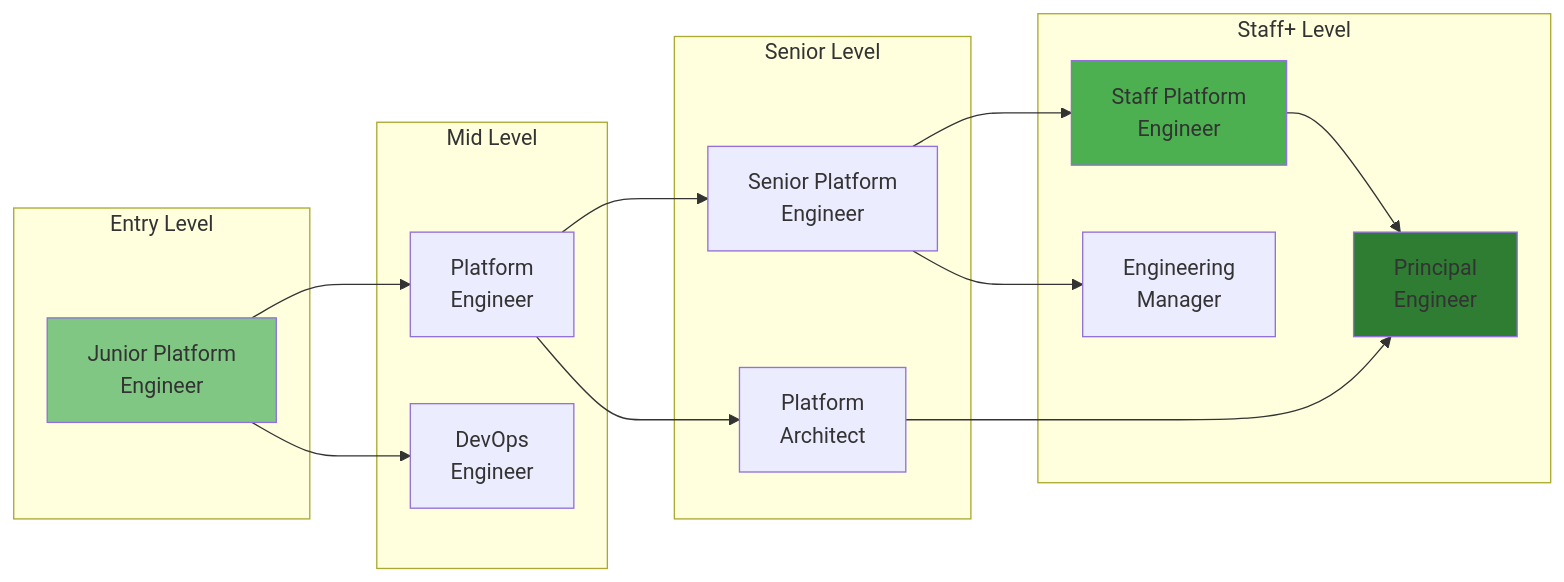
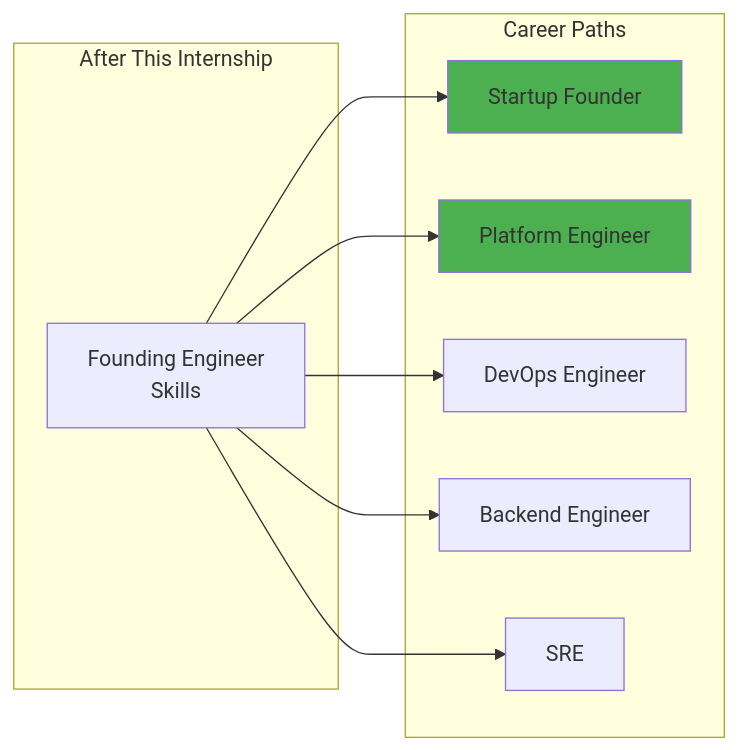
One commit to PearlThoughtsInternship/Internship-Obsidian-Vault changed the eighth of 9 diagrams in DevOps/04-Internship/04-Your-Role.md. Above: the diagram before and after it, drawn with Mermaid. The commit also changed other lines of this file and 4 other files, not shown here.

````diff
--- a/DevOps/04-Internship/04-Your-Role.md
+++ b/DevOps/04-Internship/04-Your-Role.md
@@ -294,31 +315,19 @@
 ```mermaid
 flowchart LR
-    subgraph Entry["Entry Level"]
-        J1["Junior Platform<br/>Engineer"]
+    subgraph Start["After This Internship"]
+        You["Founding Engineer\nSkills"]
     end
 
-    subgraph Mid["Mid Level"]
-        M1["Platform<br/>Engineer"]
-        M2["DevOps<br/>Engineer"]
+    subgraph Paths["Career Paths"]
+        P1["Startup Founder"]
+        P2["Platform Engineer"]
+        P3["DevOps Engineer"]
+        P4["Backend Engineer"]
+        P5["SRE"]
     end
 
-    subgraph Senior["Senior Level"]
-        S1["Senior Platform<br/>Engineer"]
-        S2["Platform<br/>Architect"]
-    end
+    You --> P1 & P2 & P3 & P4 & P5
 
-    subgraph Staff["Staff+ Level"]
-        ST1["Staff Platform<br/>Engineer"]
-        ST2["Principal<br/>Engineer"]
-        ST3["Engineering<br/>Manager"]
-    end
-
-    J1 --> M1 & M2
-    M1 --> S1 --> ST1 --> ST2
-    M1 --> S2 --> ST2
-    S1 --> ST3
-
-    style J1 fill:#81C784
-    style ST1 fill:#4CAF50
-    style ST2 fill:#2E7D32
+    style P1 fill:#4CAF50
+    style P2 fill:#4CAF50
 ```
````
